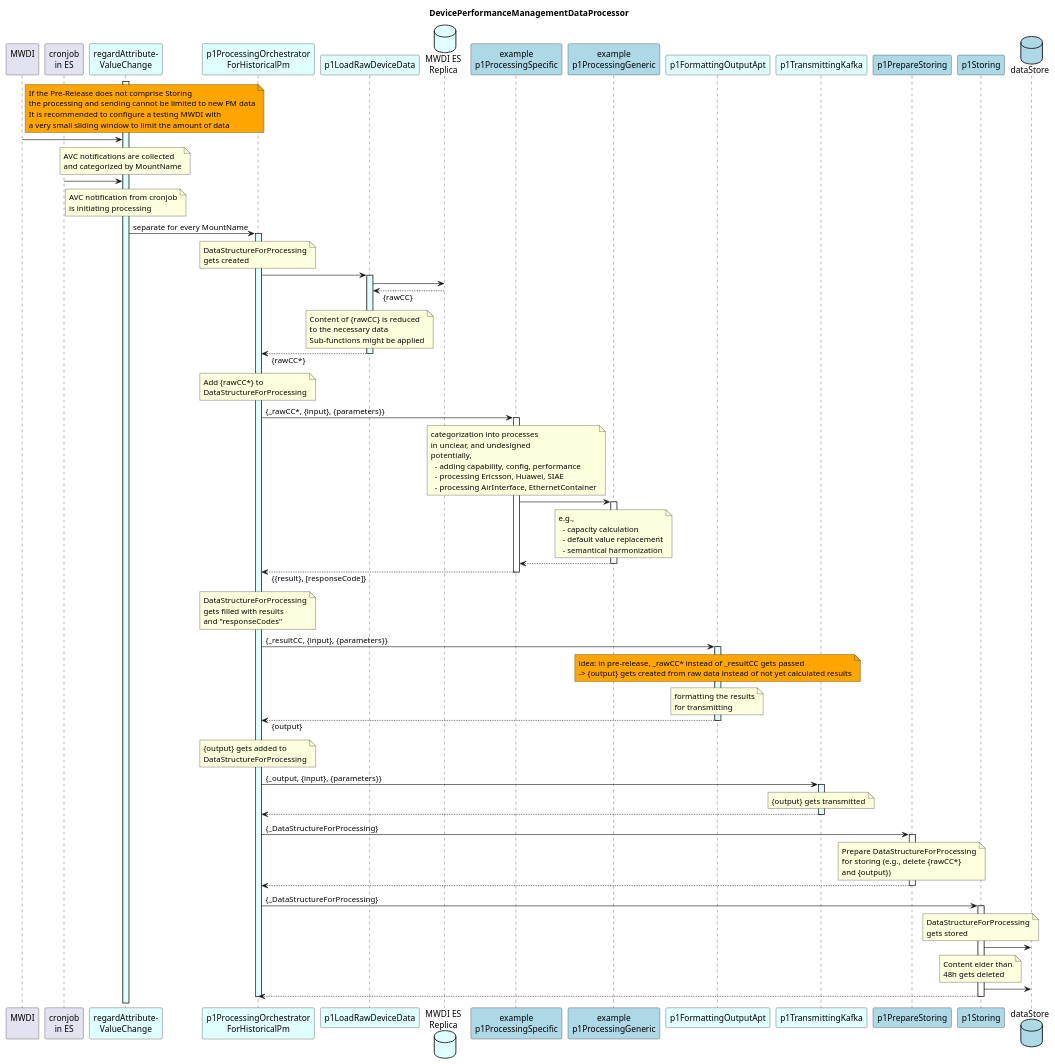
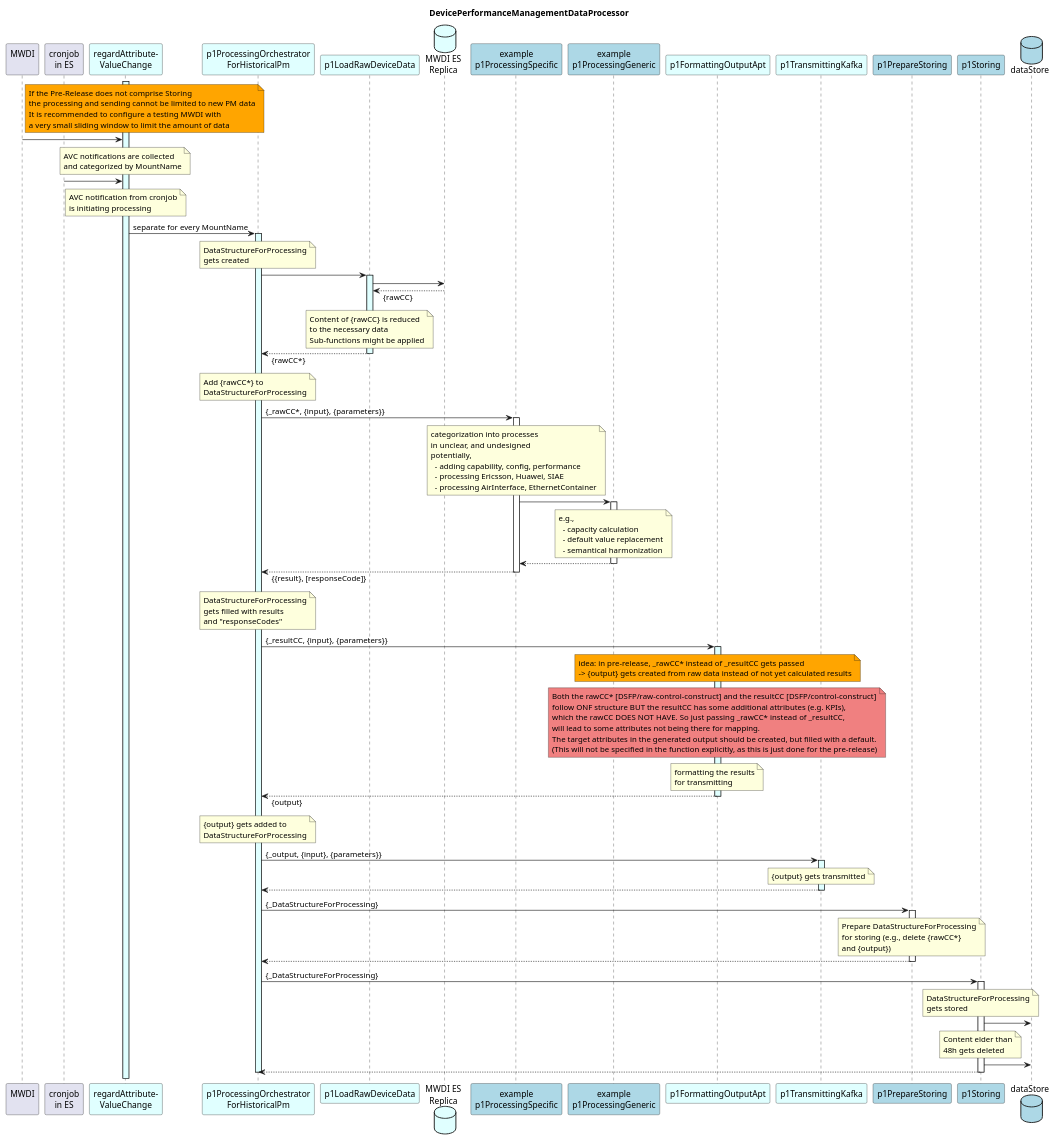
One commit to openBackhaul/DevicePerformanceManagementDataProcessor changed the diagram in spec/diagrams/highlevelOverview/00_hl_overview.plantuml. Above: the diagram before and after it, drawn with PlantUML. The commit also changed 1 other file, not shown here.

Commit message:
added pre-release note about diffs in resultCC and rawCC data

```diff
--- a/spec/diagrams/highlevelOverview/00_hl_overview.plantuml
+++ b/spec/diagrams/highlevelOverview/00_hl_overview.plantuml
@@ -1,175 +1,183 @@
 @startuml 00_hl_overview
 skinparam responseMessageBelowArrow true
 
 title
   DevicePerformanceManagementDataProcessor
 end title
 
 participant "MWDI\n" as mwdi
 participant "cronjob\nin ES" as cjes
 participant "regardAttribute-\nValueChange" as rAVC #LightCyan
 
 participant "p1ProcessingOrchestrator\nForHistoricalPm" as p1ProOrch #LightCyan
 
 participant "p1LoadRawDeviceData" as p1AddRaw #LightCyan
 database  "MWDI ES\nReplica" as MwdiEs #LightCyan
 
 participant "example\np1ProcessingSpecific" as p1Specific #LightBlue
 participant "example\np1ProcessingGeneric" as p1Generic #LightBlue
 
 participant "p1FormattingOutputApt" as p1Output #LightCyan
 participant "p1TransmittingKafka" as p1Trans #LightCyan
 
 participant "p1PrepareStoring" as p1PrepStore #LightBlue
 
 participant "p1Storing" as p1Store #LightBlue
 database "dataStore" as db #LightBlue
 
 note right mwdi #Orange
   If the Pre-Release does not comprise Storing
   the processing and sending cannot be limited to new PM data
   It is recommended to configure a testing MWDI with
   a very small sliding window to limit the amount of data  
 end note
 
 activate rAVC #LightCyan
 
 mwdi -> rAVC
 note over rAVC
   AVC notifications are collected
   and categorized by MountName
 end note
 
 cjes -> rAVC
 note over rAVC
   AVC notification from cronjob
   is initiating processing
 end note
 
 rAVC -> p1ProOrch : separate for every MountName
 activate p1ProOrch #LightCyan
 
   note over p1ProOrch
     DataStructureForProcessing
     gets created
   end note
 
   p1ProOrch -> p1AddRaw
   activate p1AddRaw #LightCyan
 
     p1AddRaw -> MwdiEs
     p1AddRaw <-- MwdiEs : {rawCC}
     note over p1AddRaw
       Content of {rawCC} is reduced 
       to the necessary data
       Sub-functions might be applied
     end note
 
   p1ProOrch <-- p1AddRaw : {rawCC*}
   deactivate p1AddRaw
 
   note over p1ProOrch
     Add {rawCC*} to
     DataStructureForProcessing
   end note
 
   p1ProOrch -> p1Specific : {_rawCC*, {input}, {parameters}}
   activate p1Specific
 
     note over p1Specific
       categorization into processes 
       in unclear, and undesigned
       potentially, 
         - adding capability, config, performance
         - processing Ericsson, Huawei, SIAE
         - processing AirInterface, EthernetContainer
     end note
 
     p1Specific -> p1Generic
     activate p1Generic
   
       note over p1Generic
         e.g., 
           - capacity calculation
           - default value replacement
           - semantical harmonization
       end note
 
     p1Specific <-- p1Generic
     deactivate p1Generic
     
   p1ProOrch <-- p1Specific : {{result}, [responseCode]}
   deactivate p1Specific
 
   note over p1ProOrch
     DataStructureForProcessing
     gets filled with results
     and "responseCodes"
   end note
 
   p1ProOrch -> p1Output : {_resultCC, {input}, {parameters}}
   activate p1Output #LightCyan
 
     note over p1Output #Orange
       idea: in pre-release, _rawCC* instead of _resultCC gets passed
       -> {output} gets created from raw data instead of not yet calculated results
     end note
+    note over p1Output #LightCoral
+      Both the rawCC* [DSFP/raw-control-construct] and the resultCC [DSFP/control-construct]
+      follow ONF structure BUT the resultCC has some additional attributes (e.g. KPIs),
+      which the rawCC DOES NOT HAVE. So just passing _rawCC* instead of _resultCC,
+      will lead to some attributes not being there for mapping.
+      The target attributes in the generated output should be created, but filled with a default.
+      (This will not be specified in the function explicitly, as this is just done for the pre-release)
+    end note
 
     note over p1Output
       formatting the results
       for transmitting
     end note
 
   p1ProOrch <-- p1Output : {output}
   deactivate p1Output
 
   note over p1ProOrch
     {output} gets added to
     DataStructureForProcessing
   end note
 
   p1ProOrch -> p1Trans : {_output, {input}, {parameters}}
   activate p1Trans #LightCyan
 
     note over p1Trans
       {output} gets transmitted
     end note
 
   p1ProOrch <-- p1Trans
   deactivate p1Trans
 
   p1ProOrch -> p1PrepStore : {_DataStructureForProcessing}
   activate p1PrepStore
 
     note over p1PrepStore
       Prepare DataStructureForProcessing
       for storing (e.g., delete {rawCC*}
       and {output})
     end note
 
   p1ProOrch <-- p1PrepStore
   deactivate p1PrepStore
 
   p1ProOrch -> p1Store : {_DataStructureForProcessing}
   activate p1Store
 
     note over p1Store
       DataStructureForProcessing
       gets stored
     end note
 
     p1Store -> db
 
     note over p1Store
       Content elder than
       48h gets deleted
     end note
 
     p1Store -> db
 
   p1ProOrch <-- p1Store
   deactivate p1Store
 
 deactivate p1ProOrch
 
 @enduml
```
